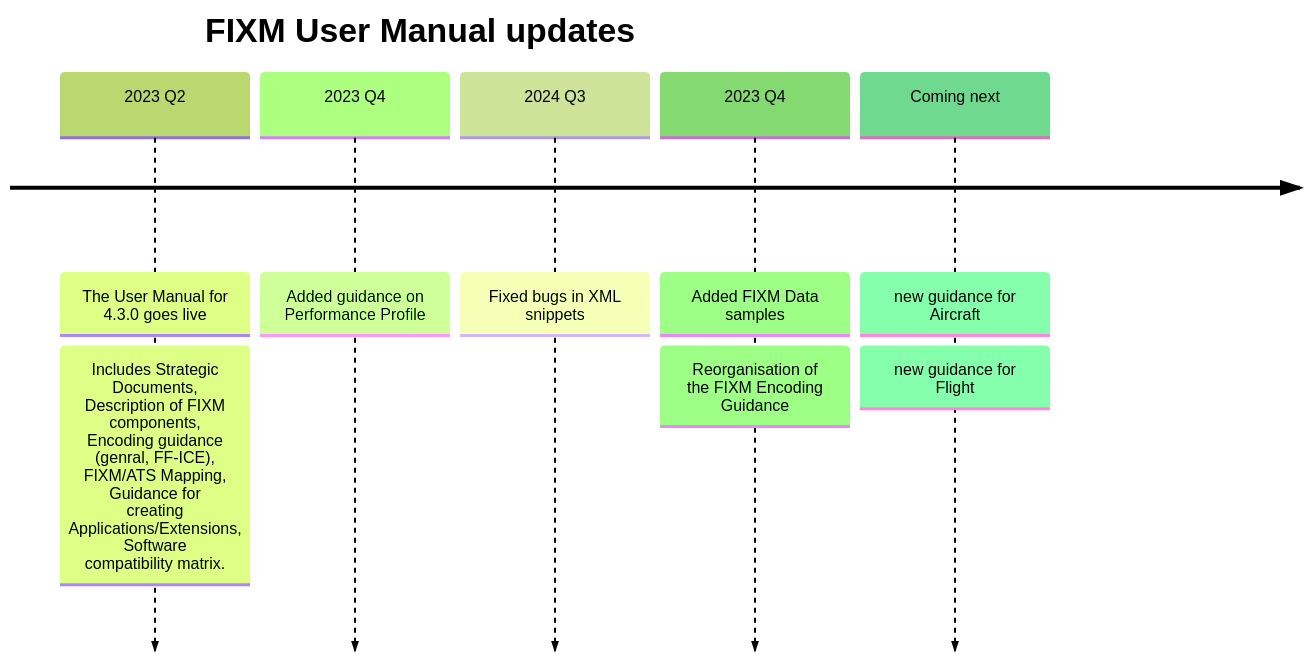
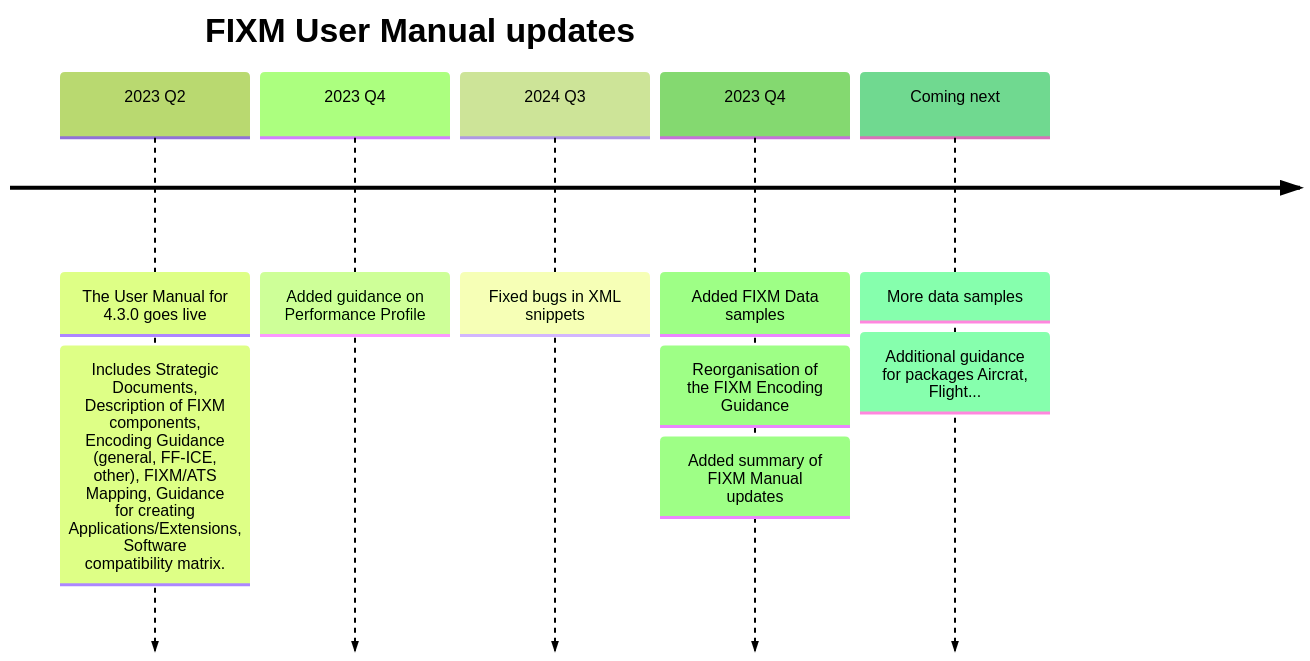
Before and after one commit to fixm-ccb/sandbox: the diagram in docs/topic3/test_fx_flight.md, drawn with Mermaid. The commit also changed other lines of this file, not shown here.

````diff
--- a/docs/topic3/test_fx_flight.md
+++ b/docs/topic3/test_fx_flight.md
@@ -4,10 +4,14 @@
 ```mermaid
 %%{init: { 'logLevel': 'debug', 'theme': 'forest' } }%%
 timeline
   title FIXM User Manual updates 
-    2023 Q2 : The User Manual for 4.3.0 goes live : Includes Strategic Documents, Description of FIXM components, Encoding guidance (genral, FF-ICE), FIXM/ATS Mapping, Guidance for creating Applications/Extensions, Software compatibility matrix.
+    2023 Q2 : The User Manual for 4.3.0 goes live
+            : Includes Strategic Documents, Description of FIXM components, Encoding Guidance (general, FF-ICE, other), FIXM/ATS Mapping, Guidance for creating Applications/Extensions, Software compatibility matrix.
     2023 Q4 : Added guidance on Performance Profile
     2024 Q3 : Fixed bugs in XML snippets
-    2023 Q4 : Added FIXM Data samples : Reorganisation of the FIXM Encoding Guidance
-    Coming next : new guidance for Aircraft : new guidance for Flight
+    2023 Q4 : Added FIXM Data samples
+            : Reorganisation of the FIXM Encoding Guidance
+            : Added summary of FIXM Manual updates
+    Coming next : More data samples
+                : Additional guidance for packages Aircrat, Flight...
 ```
````
